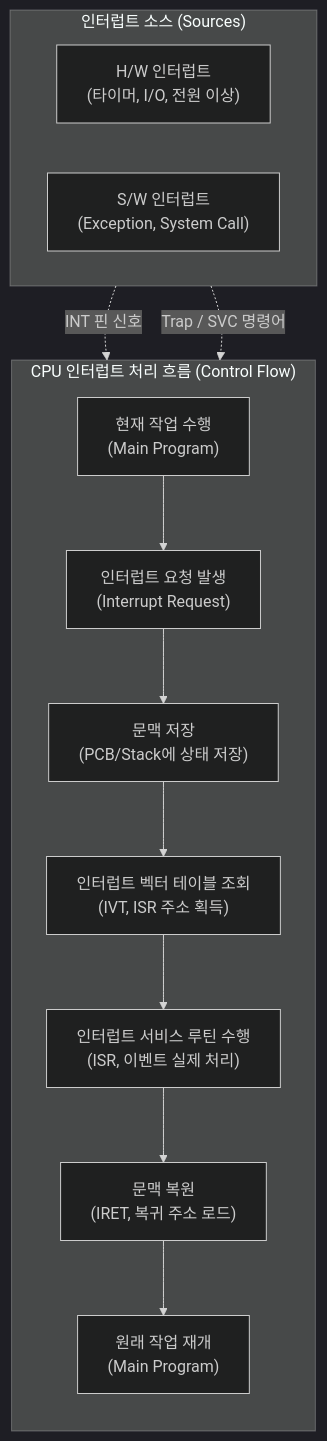
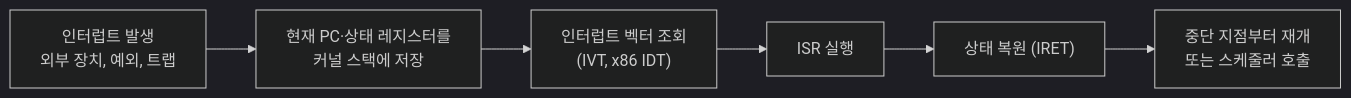
One commit to supremethumb/supremethumb.github.io changed the diagram in content/01_IT Tech/인터럽트.md. Above: the diagram before and after it, drawn with Mermaid (dark theme). The commit also changed other lines of this file and 1087 other files, not shown here.

````diff
--- a/content/01_IT Tech/인터럽트.md
+++ b/content/01_IT Tech/인터럽트.md
@@ -27,25 +34,8 @@
 ```mermaid
-flowchart TB
-    subgraph Triggers["인터럽트 소스 (Sources)"]
-        direction LR
-        HW["H/W 인터럽트<br/>(타이머, I/O, 전원 이상)"]
-        SW["S/W 인터럽트<br/>(Exception, System Call)"]
-    end
-
-    subgraph Processor["CPU 인터럽트 처리 흐름 (Control Flow)"]
-        direction TB
-        M1["현재 작업 수행<br/>(Main Program)"]
-        M2["인터럽트 요청 발생<br/>(Interrupt Request)"]
-        M3["문맥 저장<br/>(PCB/Stack에 상태 저장)"]
-        M4["인터럽트 벡터 테이블 조회<br/>(IVT, ISR 주소 획득)"]
-        M5["인터럽트 서비스 루틴 수행<br/>(ISR, 이벤트 실제 처리)"]
-        M6["문맥 복원<br/>(IRET, 복귀 주소 로드)"]
-        M7["원래 작업 재개<br/>(Main Program)"]
-
-        M1 --> M2 --> M3 --> M4 --> M5 --> M6 --> M7
-    end
-
-    HW -.->|"INT 핀 신호"| M2
-    SW -.->|"Trap / SVC 명령어"| M2
-
+flowchart LR
+    SRC["인터럽트 발생<br/>외부 장치, 예외, 트랩"] --> SAVE["현재 PC·상태 레지스터를<br/>커널 스택에 저장"]
+    SAVE --> VEC["인터럽트 벡터 조회<br/>(IVT, x86 IDT)"]
+    VEC --> ISR["ISR 실행"]
+    ISR --> RES["상태 복원 (IRET)"]
+    RES --> RUN["중단 지점부터 재개<br/>또는 스케줄러 호출"]
 ```
````
